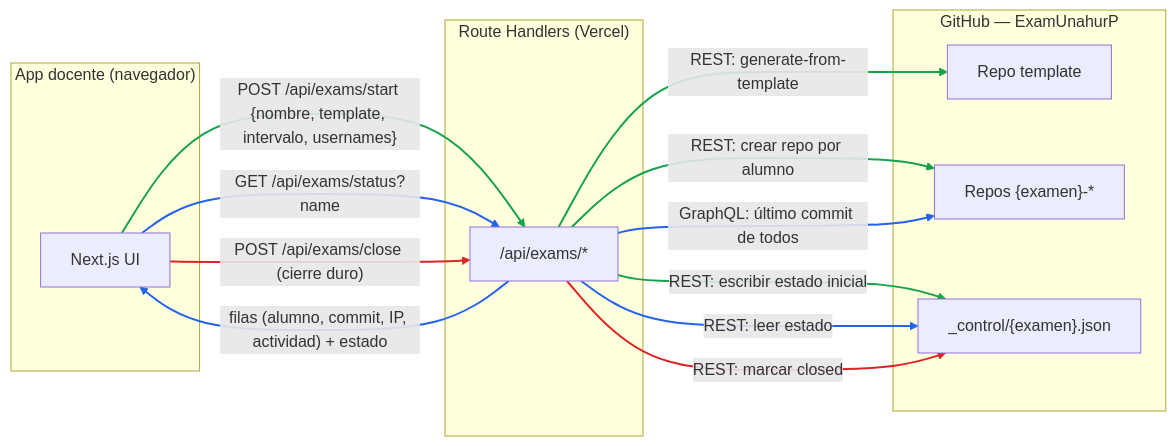
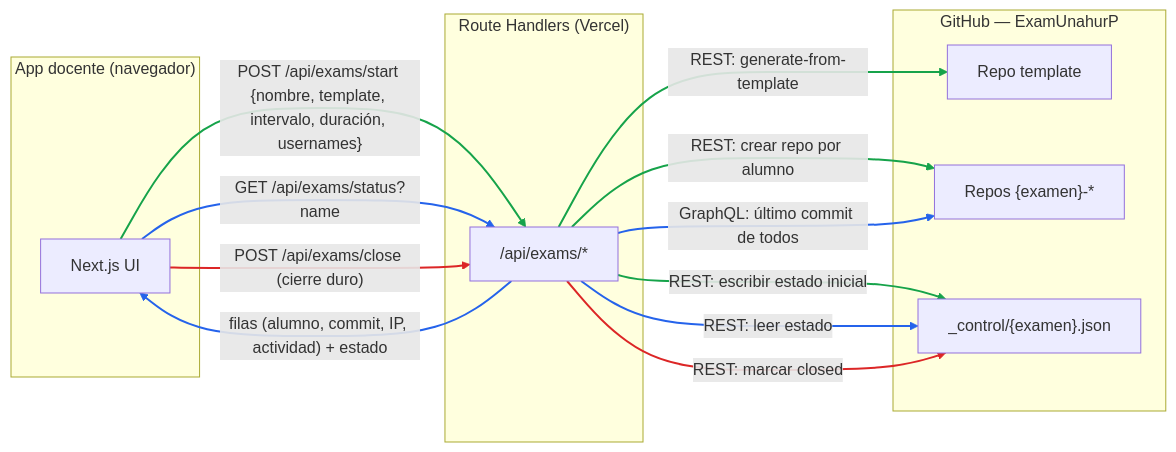
Before and after one commit to UnahurProjects/WollokOnline: the second of 4 diagrams in docs/arquitectura.md, drawn with Mermaid. The commit also changed other lines of this file and 3 other files, not shown here.

````diff
--- a/docs/arquitectura.md
+++ b/docs/arquitectura.md
@@ -98,31 +100,31 @@
 ```mermaid
 flowchart LR
   subgraph Docente["App docente (navegador)"]
     D["Next.js UI"]
   end
   subgraph Servidor["Route Handlers (Vercel)"]
     R["/api/exams/*"]
   end
   subgraph GitHub["GitHub — ExamUnahurP"]
     TPL["Repo template"]
     REPOS["Repos {examen}-*"]
     CTRL["_control/{examen}.json"]
   end
 
-  D -- "POST /api/exams/start {nombre, template, intervalo, usernames}" --> R
+  D -- "POST /api/exams/start {nombre, template, intervalo, duración, usernames}" --> R
   R -- "REST: generate-from-template" --> TPL
   R -- "REST: crear repo por alumno" --> REPOS
   R -- "REST: escribir estado inicial" --> CTRL
 
   D -- "GET /api/exams/status?name" --> R
   R -- "GraphQL: último commit de todos" --> REPOS
   R -- "REST: leer estado" --> CTRL
   R -- "filas (alumno, commit, IP, actividad) + estado" --> D
 
   D -- "POST /api/exams/close (cierre duro)" --> R
   R -- "REST: marcar closed" --> CTRL
 
   linkStyle 0,1,2,3 stroke:#16a34a,stroke-width:2px
   linkStyle 4,5,6,7 stroke:#2563eb,stroke-width:2px
   linkStyle 8,9 stroke:#dc2626,stroke-width:2px
 ```
````
